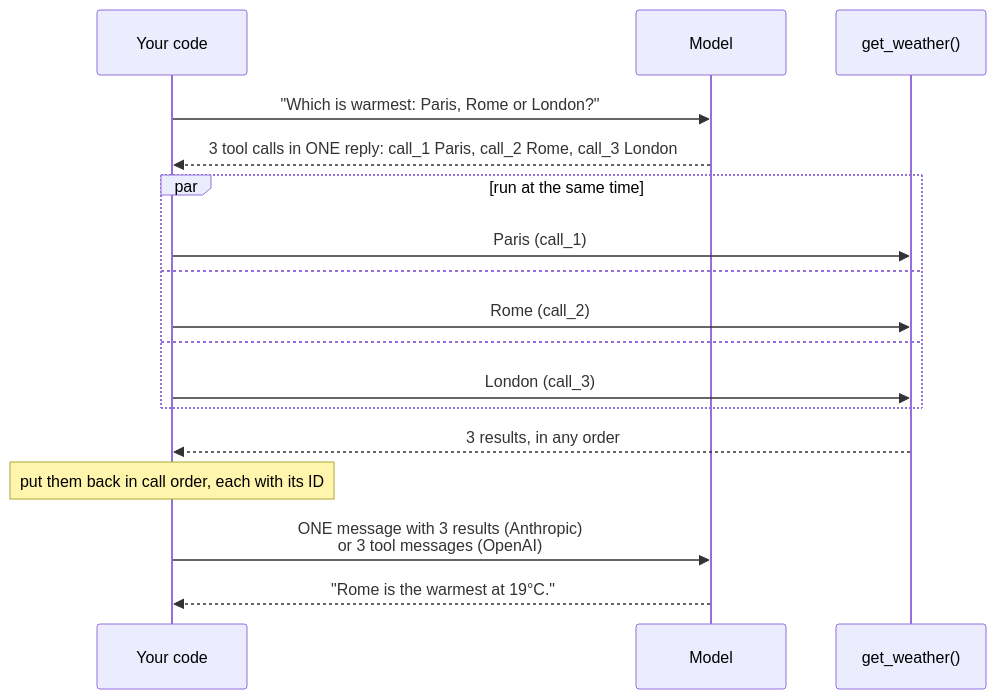
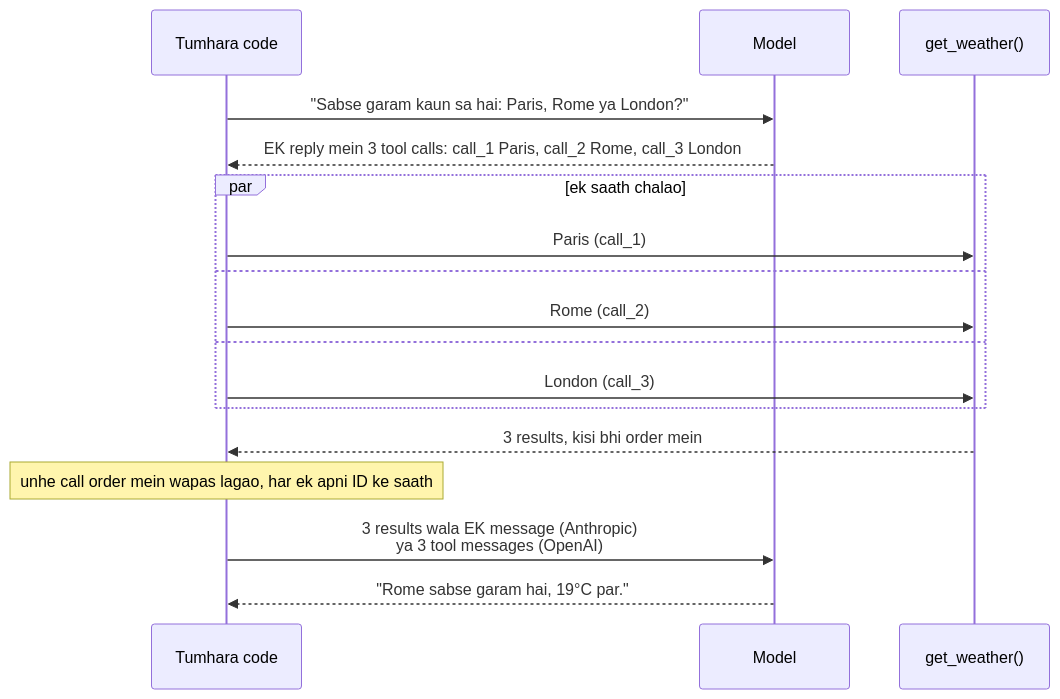
Before and after one commit to asmustechno/agentic-ai-notes: the diagram in docs/03-tools-and-function-calling/03.5-parallel-tool-calls.md, drawn with Mermaid. The commit also changed other lines of this file and 135 other files, not shown here.

````diff
--- a/docs/03-tools-and-function-calling/03.5-parallel-tool-calls.md
+++ b/docs/03-tools-and-function-calling/03.5-parallel-tool-calls.md
@@ -36,19 +38,19 @@
 ```mermaid
 sequenceDiagram
-    participant A as Your code
+    participant A as Tumhara code
     participant M as Model
     participant W as get_weather()
-    A->>M: "Which is warmest: Paris, Rome or London?"
-    M-->>A: 3 tool calls in ONE reply: call_1 Paris, call_2 Rome, call_3 London
-    par run at the same time
+    A->>M: "Sabse garam kaun sa hai: Paris, Rome ya London?"
+    M-->>A: EK reply mein 3 tool calls: call_1 Paris, call_2 Rome, call_3 London
+    par ek saath chalao
         A->>W: Paris (call_1)
     and
         A->>W: Rome (call_2)
     and
         A->>W: London (call_3)
     end
-    W-->>A: 3 results, in any order
-    Note over A: put them back in call order, each with its ID
-    A->>M: ONE message with 3 results (Anthropic)<br/>or 3 tool messages (OpenAI)
-    M-->>A: "Rome is the warmest at 19°C."
+    W-->>A: 3 results, kisi bhi order mein
+    Note over A: unhe call order mein wapas lagao, har ek apni ID ke saath
+    A->>M: 3 results wala EK message (Anthropic)<br/>ya 3 tool messages (OpenAI)
+    M-->>A: "Rome sabse garam hai, 19°C par."
 ```
````
